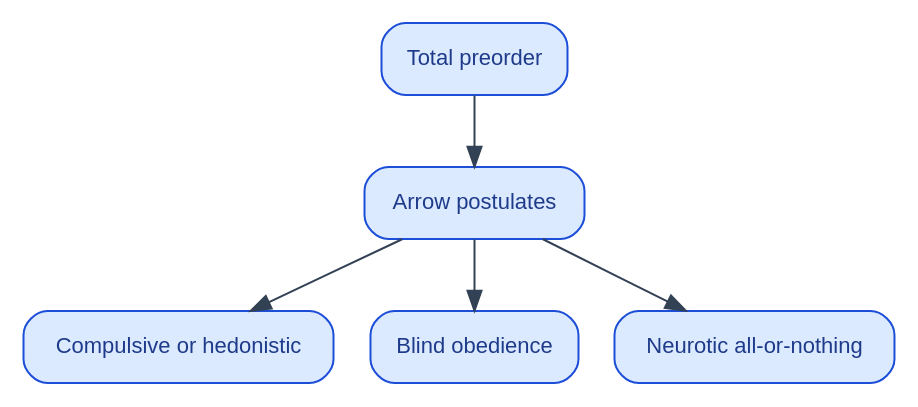
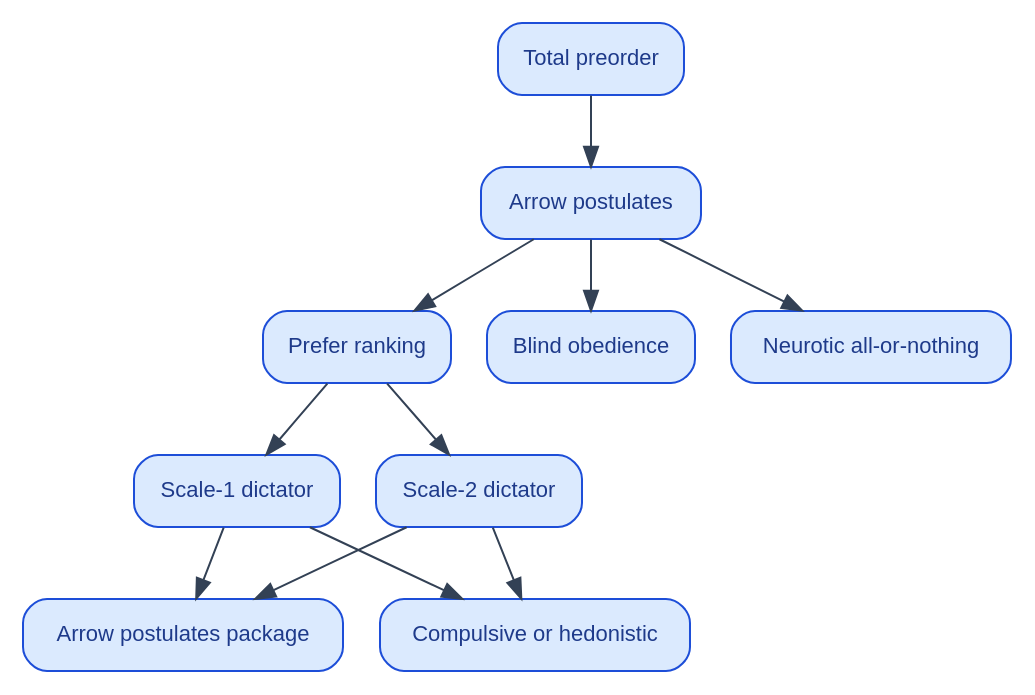
Before and after one commit to catskillsresearch/nowakowska1982: the diagram in Actions/Choice/Arrow.dot, drawn with Graphviz. The commit also changed 105 other files, not shown here.

```diff
--- a/Actions/Choice/Arrow.dot
+++ b/Actions/Choice/Arrow.dot
@@ -1,18 +1,28 @@
 digraph Arrow {
   rankdir=TB;
   node [shape=box, style="rounded,filled", fillcolor="#dbeafe",
         color="#1d4ed8", fontname="Helvetica", fontsize=11, fontcolor="#1e3a8a"];
   edge [color="#334155"];
 
   // Labels = subsection titles. Edge A -> B means B imports A.
   TotalPreorder [label="Total preorder"];
   Arrow [label="Arrow postulates"];
+  prefer [label="Prefer ranking"];
+  scale1Dictator [label="Scale-1 dictator"];
+  scale2Dictator [label="Scale-2 dictator"];
+  ArrowPostulates2 [label="Arrow postulates package"];
   CompulsiveOrHedonistic [label="Compulsive or hedonistic"];
   BlindObedience [label="Blind obedience"];
   NeuroticAllOrNothing [label="Neurotic all-or-nothing"];
 
   TotalPreorder -> Arrow;
-  Arrow -> CompulsiveOrHedonistic;
+  Arrow -> prefer;
+  prefer -> scale1Dictator;
+  prefer -> scale2Dictator;
+  scale1Dictator -> ArrowPostulates2;
+  scale2Dictator -> ArrowPostulates2;
+  scale1Dictator -> CompulsiveOrHedonistic;
+  scale2Dictator -> CompulsiveOrHedonistic;
   Arrow -> BlindObedience;
   Arrow -> NeuroticAllOrNothing;
 }
```
